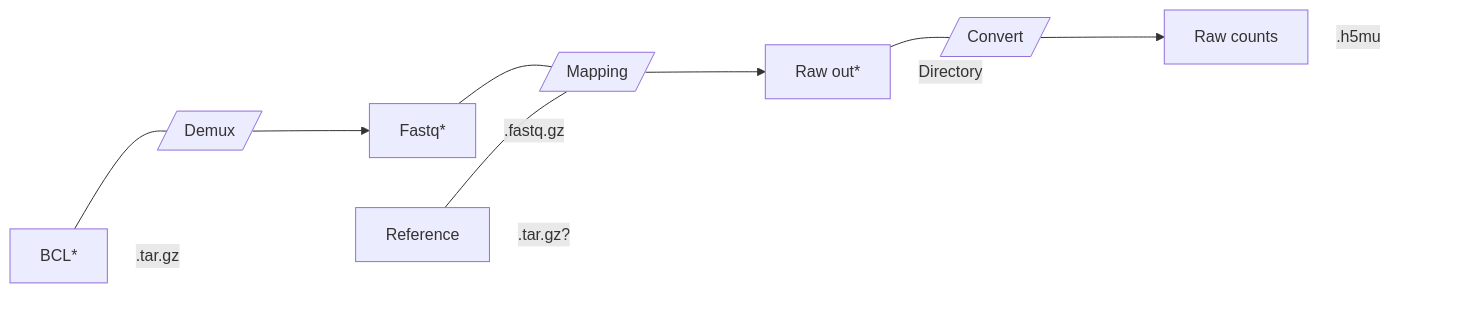
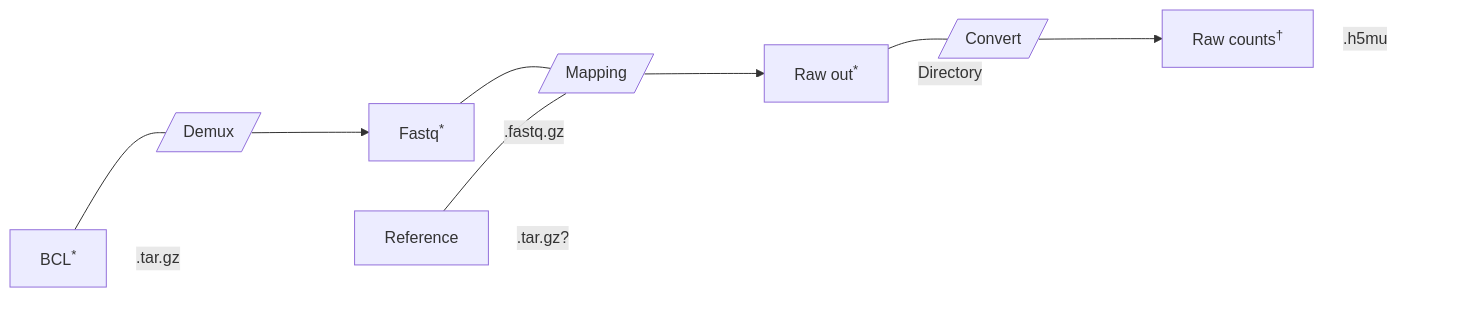
Before and after one commit to openpipelines-bio/openpipeline: the second of 5 diagrams in docs/design.qmd, drawn with Mermaid. The commit also changed other lines of this file and 1 other file, not shown here.

````diff
--- a/docs/design.qmd
+++ b/docs/design.qmd
@@ -74,25 +76,27 @@
 ```{mermaid}
+%%| label: fig-ingestion
+%%| fig-cap: "Ingestion pipeline.  \n`*`: Possible entry points.  \n`†`: Output file(s)"
 flowchart LR
 
-  BCL["BCL*"]
-  Fastq["Fastq*"]
+  BCL["BCL<sup>*</sup>"]
+  Fastq["Fastq<sup>*</sup>"]
   Ref["Reference"]
-  RawDir["Raw out*"]
-  RawCounts["Raw counts"]
+  RawDir["Raw out<sup>*</sup>"]
+  RawCounts["Raw counts<sup>†</sup>"]
 
   Demux[/"Demux"/]
   Mapping[/"Mapping"/]
   Convert[/"Convert"/]
 
   BCL --- Demux --> Fastq
   Fastq & Ref --- Mapping --> RawDir --- Convert --> RawCounts
 
 
   BCL -.-|".tar.gz"| BCL
   Fastq -.-|".fastq.gz"| Fastq
   Ref -.-|".tar.gz?"| Ref
   RawDir -.-|"Directory"| RawDir
   RawCounts -.-|".h5mu"| RawCounts
 
   linkStyle 7,8,9,10,11 stroke:#fff,stroke-width:0px,text-align:left;
 ```
````
